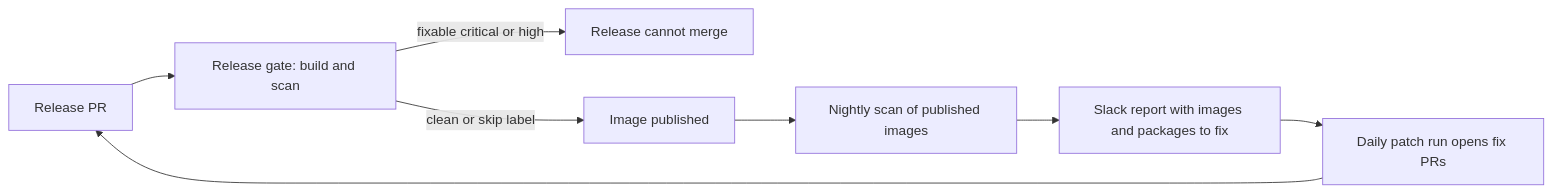
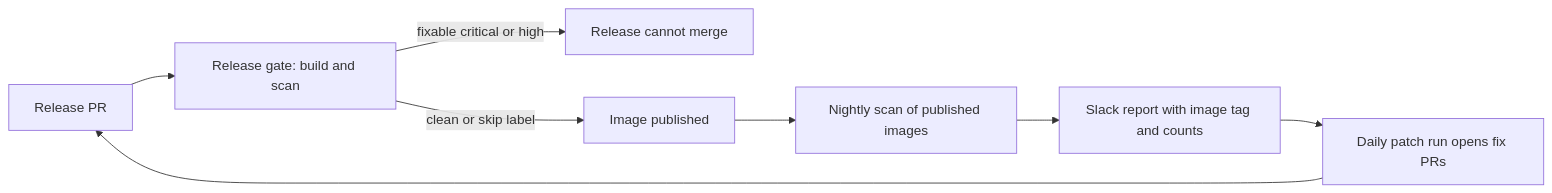
One commit to Unique-AG/connectors changed the first of 4 diagrams in docs/security/image-vulnerabilities.md. Above: the diagram before and after it, drawn with Mermaid. The commit also changed other lines of this file, not shown here.

Commit message:
docs(main): describe the Slack report as counts and one row for each image

````diff
--- a/docs/security/image-vulnerabilities.md
+++ b/docs/security/image-vulnerabilities.md
@@ -8,10 +8,10 @@
 ```mermaid
 flowchart LR
   releasePr[Release PR] --> gate["Release gate: build and scan"]
   gate -->|fixable critical or high| stop[Release cannot merge]
   gate -->|clean or skip label| publish[Image published]
   publish --> scan[Nightly scan of published images]
-  scan --> slack[Slack report with images and packages to fix]
+  scan --> slack[Slack report with image tag and counts]
   slack --> patch[Daily patch run opens fix PRs]
   patch --> releasePr
 ```
````
